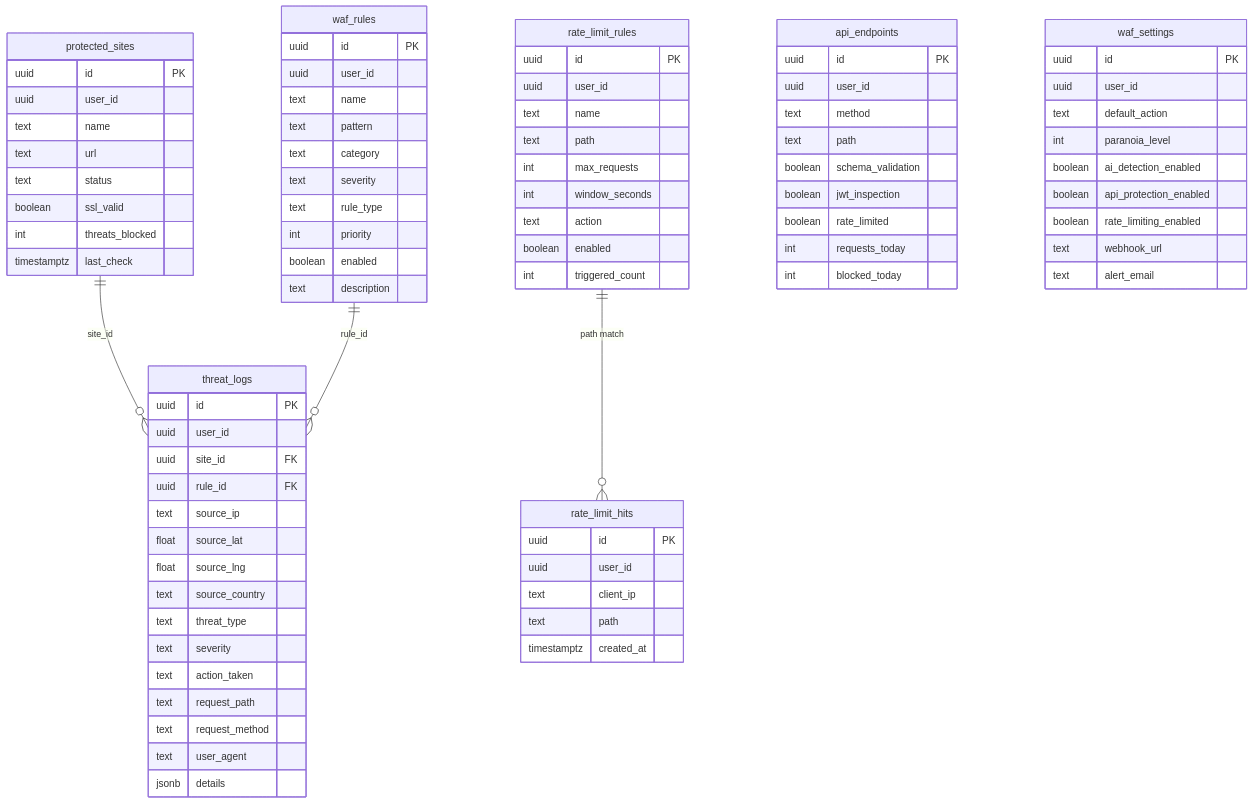
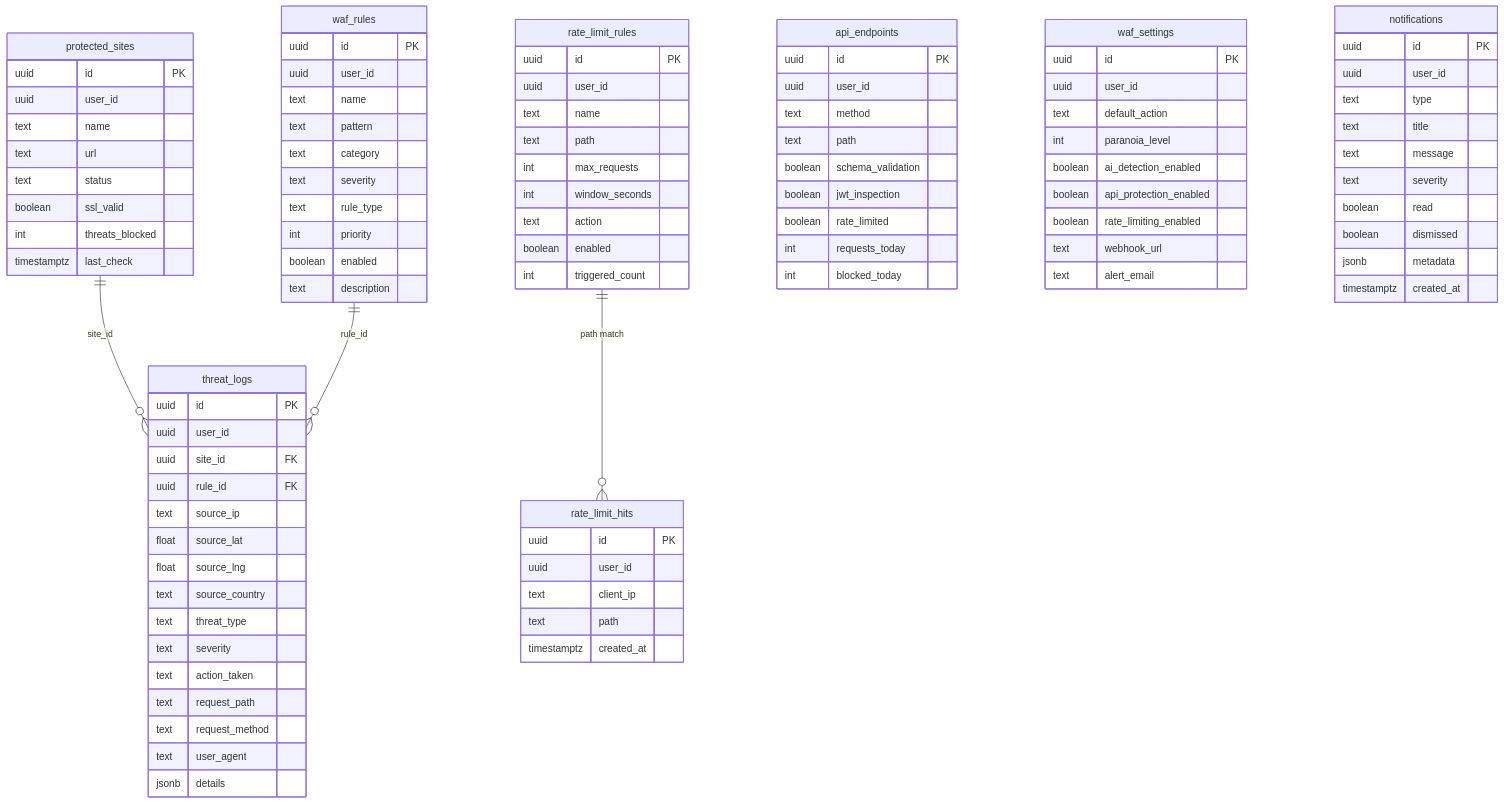
Before and after one commit to ritvikindupuri/globeguard-waf: the tenth of 11 diagrams in DOCUMENTATION.md, drawn with Mermaid. The commit also changed other lines of this file, not shown here.

Commit message:
Preceding changes

```diff
--- a/DOCUMENTATION.md
+++ b/DOCUMENTATION.md
@@ -1189,6 +1189,19 @@
         text alert_email
     }
 
+    notifications {
+        uuid id PK
+        uuid user_id
+        text type
+        text title
+        text message
+        text severity
+        boolean read
+        boolean dismissed
+        jsonb metadata
+        timestamptz created_at
+    }
+
     protected_sites ||--o{ threat_logs : "site_id"
     waf_rules ||--o{ threat_logs : "rule_id"
     rate_limit_rules ||--o{ rate_limit_hits : "path match"
```
